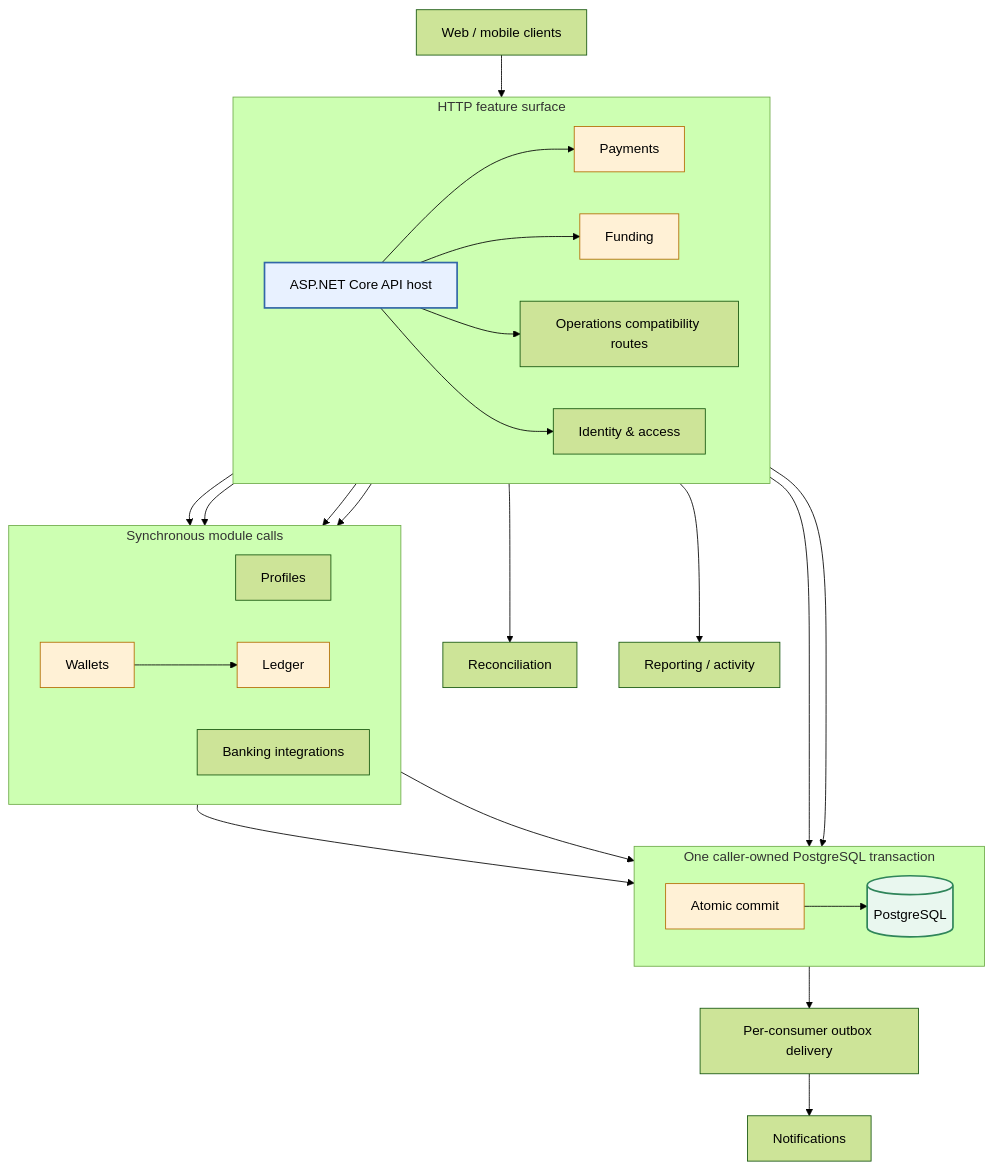
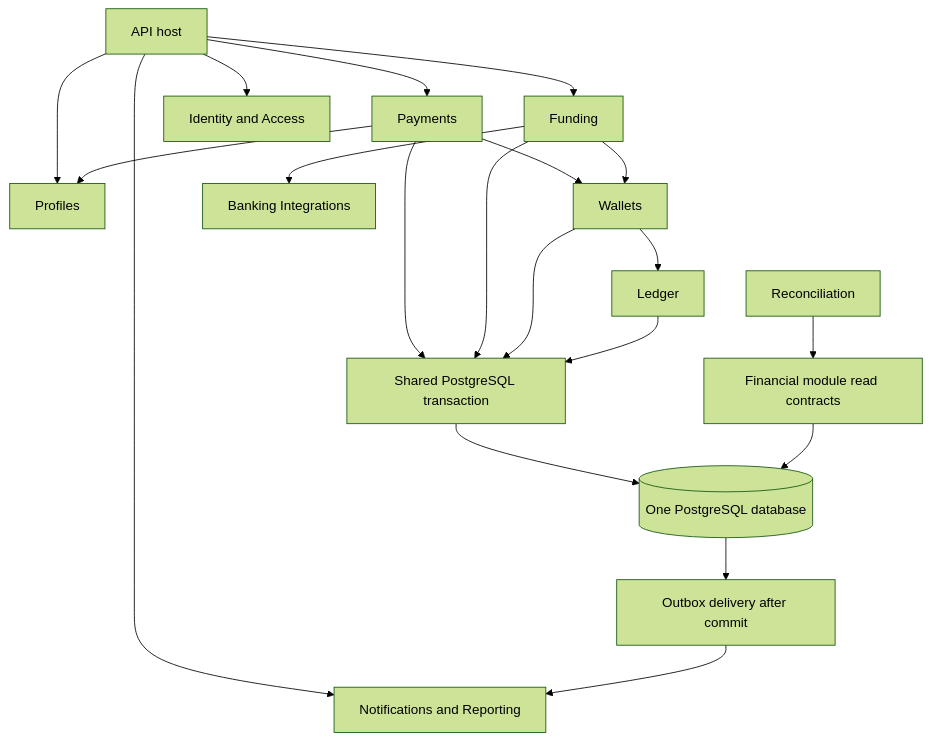
One commit to AnonymousWalker/senzy changed the diagram in docs/BACKEND_ARCHITECTURE.md. Above: the diagram before and after it, drawn with Mermaid (forest theme).

Commit message:
docs: restore original architecture flowchart

````diff
--- a/docs/BACKEND_ARCHITECTURE.md
+++ b/docs/BACKEND_ARCHITECTURE.md
@@ -23,42 +23,22 @@
 ```mermaid
-flowchart TB
-    Clients[Web / mobile clients] --> Host[ASP.NET Core API host]
-
-    subgraph HTTP[HTTP feature surface]
-        direction LR
-        Host --> Payments[Payments]
-        Host --> Funding[Funding]
-        Host --> Operations[Operations compatibility routes]
-        Host --> Identity[Identity & access]
-    end
-
-    subgraph COMMANDS[Synchronous module calls]
-        direction LR
-        Payments --> Profiles[Profiles]
-        Payments --> Wallets[Wallets]
-        Funding --> Wallets
-        Funding --> Banking[Banking integrations]
-        Wallets --> Ledger[Ledger]
-    end
-
-    subgraph COMMIT[One caller-owned PostgreSQL transaction]
-        direction LR
-        Payments --> Tx[Atomic commit]
-        Funding --> Tx
-        Wallets --> Tx
-        Ledger --> Tx
-        Tx --> DB[(PostgreSQL)]
-    end
-
-    DB --> Outbox[Per-consumer outbox delivery]
-    Outbox --> Notifications[Notifications]
-    Operations --> Reconciliation[Reconciliation]
-    Operations --> Reporting[Reporting / activity]
-
-    classDef host fill:#e8f1ff,stroke:#3267a8,stroke-width:2px;
-    classDef critical fill:#fff1d6,stroke:#b36b00,stroke-width:1px;
-    classDef storage fill:#e9f7ef,stroke:#2f855a,stroke-width:2px;
-    class Host host;
-    class Payments,Funding,Wallets,Ledger,Tx critical;
-    class DB storage;
+flowchart TD
+    Host[API host] --> Payments
+    Host --> Funding
+    Host --> Profiles
+    Host --> Identity[Identity and Access]
+    Host --> Reads[Notifications and Reporting]
+    Payments --> Profiles
+    Payments --> Wallets
+    Funding --> Banking[Banking Integrations]
+    Funding --> Wallets
+    Wallets --> Ledger
+    Payments --> Tx[Shared PostgreSQL transaction]
+    Funding --> Tx
+    Wallets --> Tx
+    Ledger --> Tx
+    Tx --> DB[(One PostgreSQL database)]
+    DB --> Outbox[Outbox delivery after commit]
+    Outbox --> Reads
+    Reconciliation --> Contracts[Financial module read contracts]
+    Contracts --> DB
 ```
````
